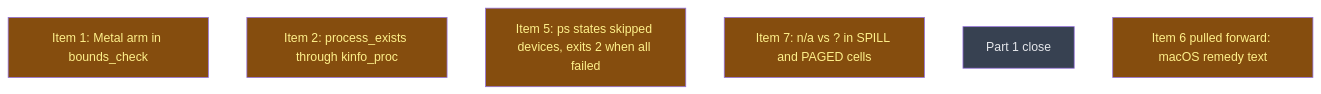
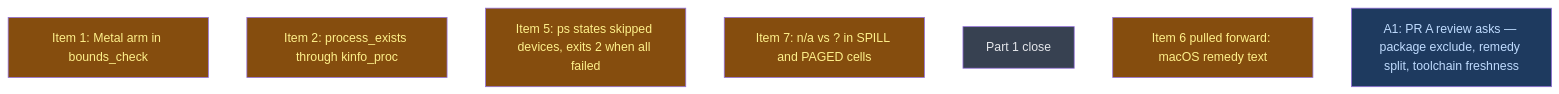
Before and after one commit to LittleCoinCoin/hypomnesis: the diagram in __roadmap__/v0214-sandbox/part1/README.md, drawn with Mermaid. The commit also changed other lines of this file and 3 other files, not shown here.

First line of the commit message:
docs(roadmap): amendment A1 — the PR A review's asks for PR B

````diff
--- a/__roadmap__/v0214-sandbox/part1/README.md
+++ b/__roadmap__/v0214-sandbox/part1/README.md
@@ -26,14 +26,15 @@
 ```mermaid
 graph TD
     metal_bounds_check[Item 1: Metal arm in bounds_check]:::inprogress
     process_exists_kinfo[Item 2: process_exists through kinfo_proc]:::inprogress
     ps_failed_devices[Item 5: ps states skipped devices, exits 2 when all failed]:::inprogress
     spill_cell_na[Item 7: n/a vs ? in SPILL and PAGED cells]:::inprogress
     close[Part 1 close]:::planned
     remedy_macos[Item 6 pulled forward: macOS remedy text]:::inprogress
+    maintainer_review_a[A1: PR A review asks — package exclude, remedy split, toolchain freshness]:::amendment
     classDef done       fill:#166534,color:#bbf7d0
     classDef inprogress fill:#854d0e,color:#fef08a
     classDef planned    fill:#374151,color:#e5e7eb
     classDef amendment  fill:#1e3a5f,color:#bfdbfe
     classDef blocked    fill:#7f1d1d,color:#fecaca
 ```
````
